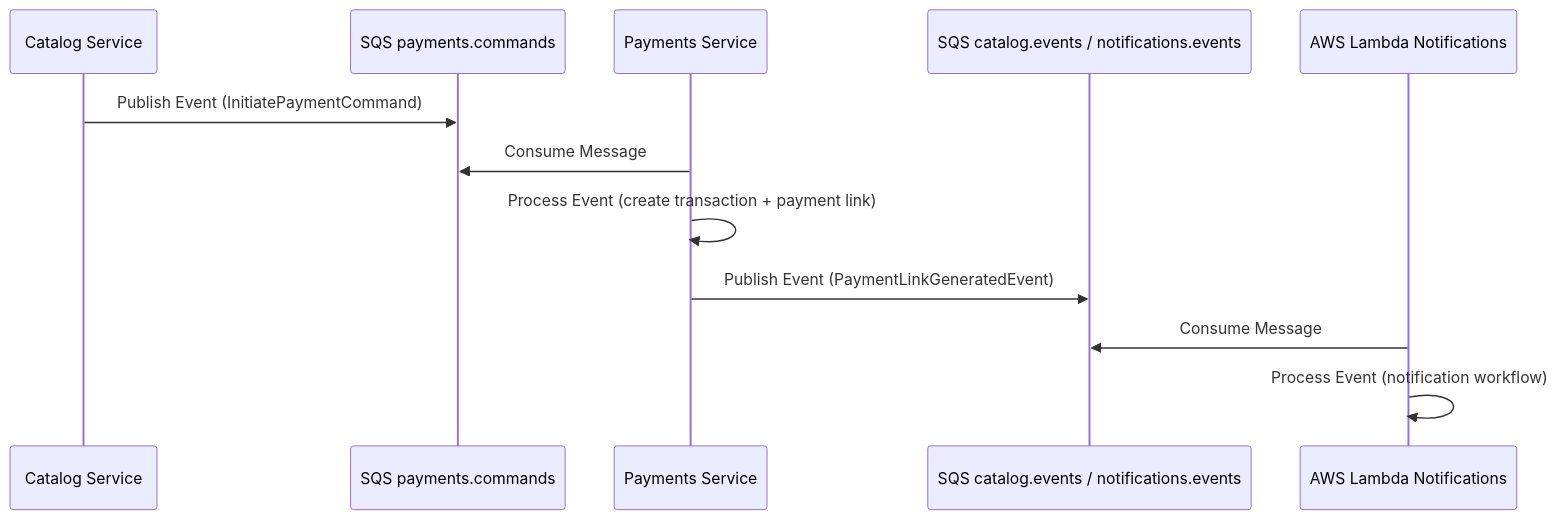
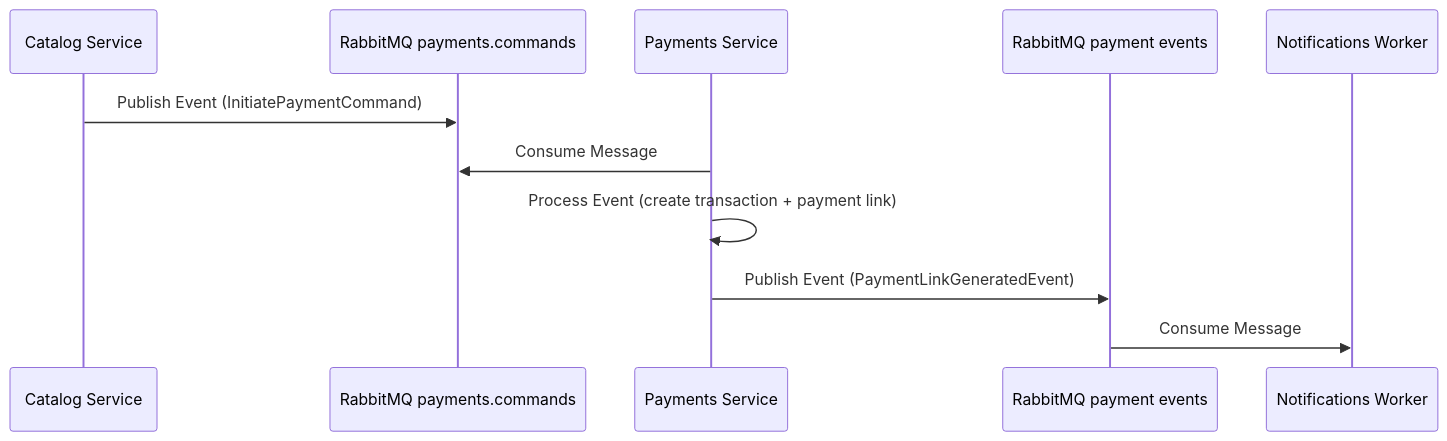
One commit to louresb/cloud-games-fase-4-payments changed the second of 5 diagrams in README.md. Above: the diagram before and after it, drawn with Mermaid. The commit also changed other lines of this file and 5 other files, not shown here.

Commit message:
Fix payment Lambda validation and documentation

````diff
--- a/README.md
+++ b/README.md
@@ -57,15 +52,14 @@
 ```mermaid
 sequenceDiagram
     participant Catalog as Catalog Service
-    participant SQSCommands as SQS payments.commands
+    participant Commands as RabbitMQ payments.commands
     participant Payments as Payments Service
-    participant SQSEvents as SQS catalog.events / notifications.events
-    participant Lambda as AWS Lambda Notifications
+    participant Events as RabbitMQ payment events
+    participant Notifications as Notifications Worker
 
-    Catalog->>SQSCommands: Publish Event (InitiatePaymentCommand)
-    Payments->>SQSCommands: Consume Message
+    Catalog->>Commands: Publish Event (InitiatePaymentCommand)
+    Payments->>Commands: Consume Message
     Payments->>Payments: Process Event (create transaction + payment link)
-    Payments->>SQSEvents: Publish Event (PaymentLinkGeneratedEvent)
-    Lambda->>SQSEvents: Consume Message
-    Lambda->>Lambda: Process Event (notification workflow)
+    Payments->>Events: Publish Event (PaymentLinkGeneratedEvent)
+    Events->>Notifications: Consume Message
 ```
````
